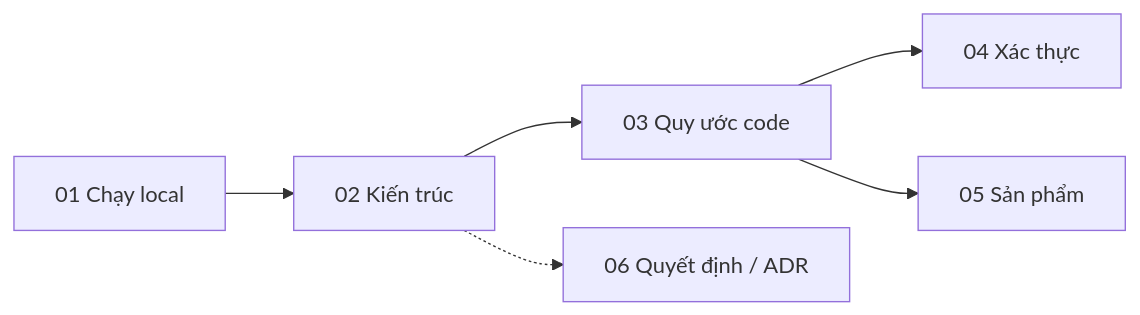
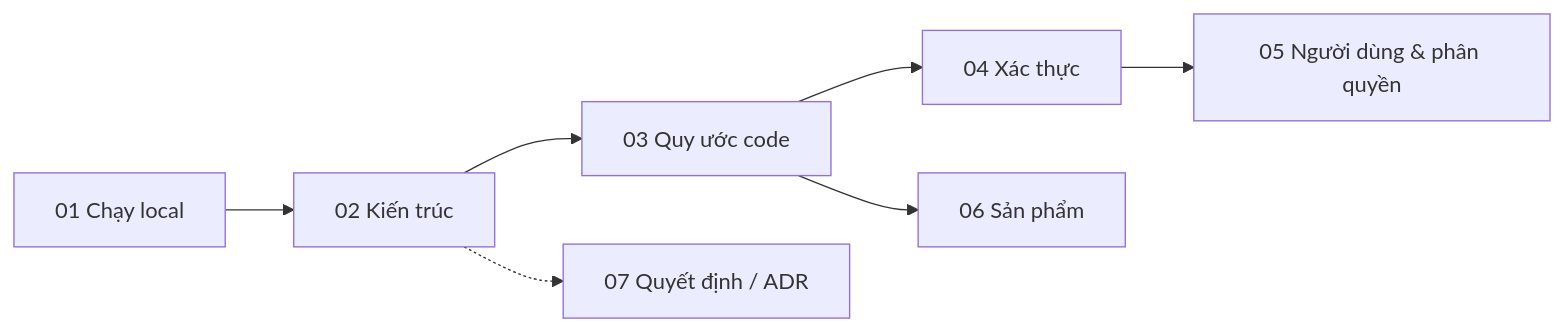
One commit to hoangnm-ndm/TienThanh-NodeJS changed the diagram in docs/README.md. Above: the diagram before and after it, drawn with Mermaid. The commit also changed other lines of this file and 11 other files, not shown here.

````diff
--- a/docs/README.md
+++ b/docs/README.md
@@ -5,7 +5,7 @@
 ```mermaid
 flowchart LR
   A[01 Chạy local] --> B[02 Kiến trúc] --> C[03 Quy ước code]
-  C --> D[04 Xác thực]
-  C --> E[05 Sản phẩm]
-  B -.-> F[06 Quyết định / ADR]
+  C --> D[04 Xác thực] --> G[05 Người dùng & phân quyền]
+  C --> E[06 Sản phẩm]
+  B -.-> F[07 Quyết định / ADR]
 ```
````
